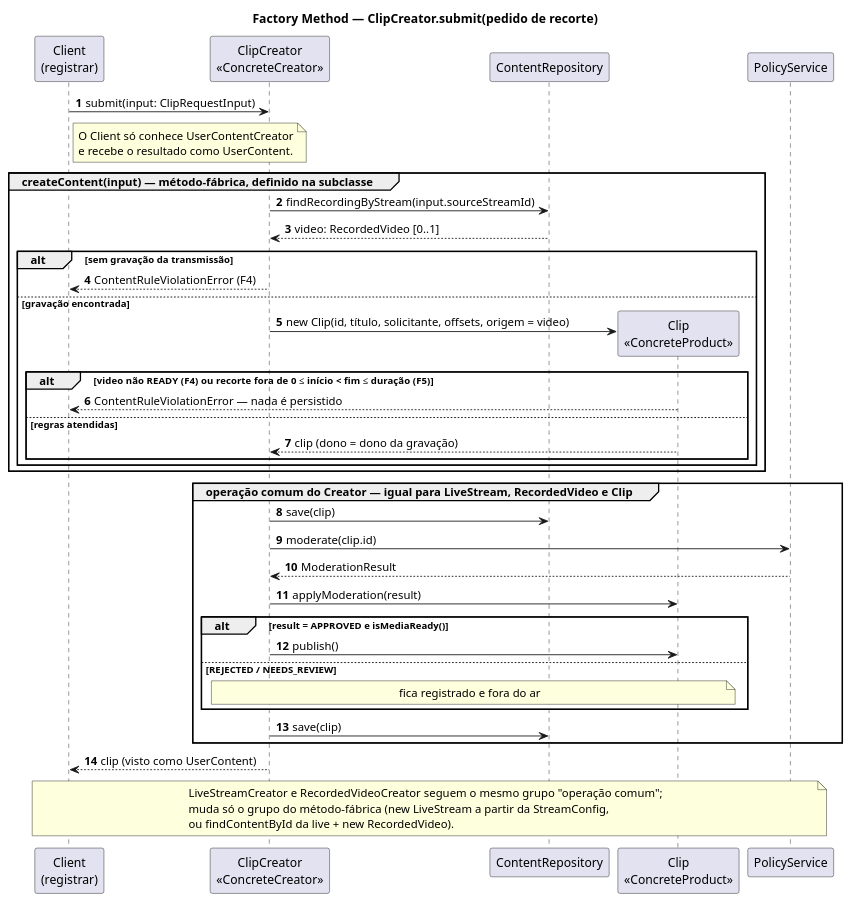
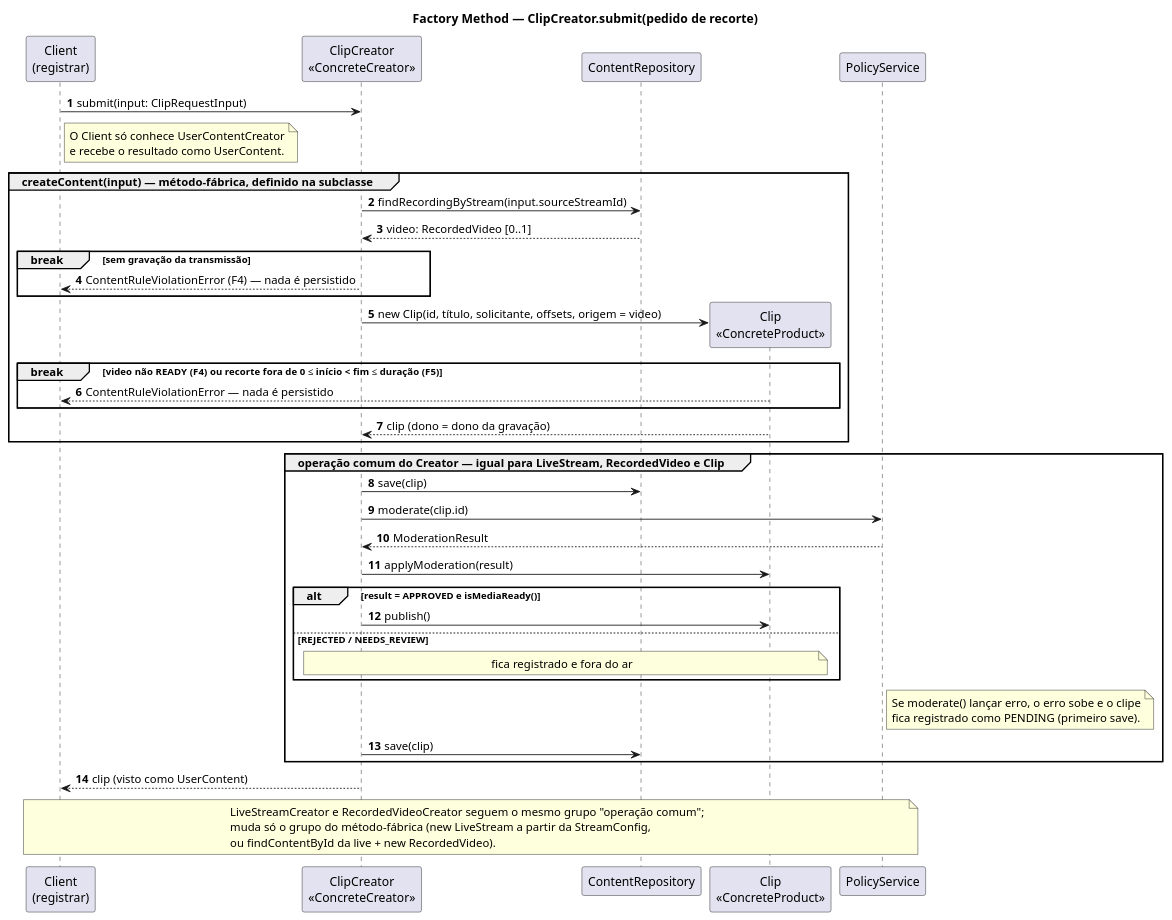
The diagram in docs/Base/Relatórios/1.1.1.SubEquipe_01/assets/factory-method/factory-method-sequencia-v1.puml (UnBArqDsw2026-2-Turma01/2026.2-T01-_G6_ProjetoStreamingVideo_Entrega_03), drawn with PlantUML before and after one commit. The commit also changed 3 other files, not shown here.

First line of the commit message:
docs(subequipe-01): encerra os caminhos de erro da sequência com break

```diff
--- a/docs/Base/Relatórios/1.1.1.SubEquipe_01/assets/factory-method/factory-method-sequencia-v1.puml
+++ b/docs/Base/Relatórios/1.1.1.SubEquipe_01/assets/factory-method/factory-method-sequencia-v1.puml
@@ -1,56 +1,58 @@
 @startuml factory-method-sequencia-v1
 title Factory Method — ClipCreator.submit(pedido de recorte)
 
 skinparam backgroundColor #FFFFFF
 skinparam shadowing false
 skinparam sequenceMessageAlign left
 autonumber
 
 participant "Client\n(registrar)" as Client
 participant "ClipCreator\n«ConcreteCreator»" as Creator
 participant "ContentRepository" as Repo
 participant "Clip\n«ConcreteProduct»" as Clip
 participant "PolicyService" as Policy
 
 Client -> Creator : submit(input: ClipRequestInput)
 note right of Client
   O Client só conhece UserContentCreator
   e recebe o resultado como UserContent.
 end note
 
 group createContent(input) — método-fábrica, definido na subclasse
   Creator -> Repo : findRecordingByStream(input.sourceStreamId)
   Repo --> Creator : video: RecordedVideo [0..1]
-  alt sem gravação da transmissão
-    Creator --> Client : ContentRuleViolationError (F4)
-  else gravação encontrada
-    Creator -> Clip ** : new Clip(id, título, solicitante, offsets, origem = video)
-    alt video não READY (F4) ou recorte fora de 0 ≤ início < fim ≤ duração (F5)
-      Clip --> Client : ContentRuleViolationError — nada é persistido
-    else regras atendidas
-      Clip --> Creator : clip (dono = dono da gravação)
-    end
+  break sem gravação da transmissão
+    Creator --> Client : ContentRuleViolationError (F4) — nada é persistido
   end
+  Creator -> Clip ** : new Clip(id, título, solicitante, offsets, origem = video)
+  break video não READY (F4) ou recorte fora de 0 ≤ início < fim ≤ duração (F5)
+    Clip --> Client : ContentRuleViolationError — nada é persistido
+  end
+  Clip --> Creator : clip (dono = dono da gravação)
 end
 
 group operação comum do Creator — igual para LiveStream, RecordedVideo e Clip
   Creator -> Repo : save(clip)
   Creator -> Policy : moderate(clip.id)
   Policy --> Creator : ModerationResult
   Creator -> Clip : applyModeration(result)
   alt result = APPROVED e isMediaReady()
     Creator -> Clip : publish()
   else REJECTED / NEEDS_REVIEW
     note over Creator, Clip : fica registrado e fora do ar
   end
+  note right of Policy
+    Se moderate() lançar erro, o erro sobe e o clipe
+    fica registrado como PENDING (primeiro save).
+  end note
   Creator -> Repo : save(clip)
 end
 
 Creator --> Client : clip (visto como UserContent)
 
 note over Client, Policy
   LiveStreamCreator e RecordedVideoCreator seguem o mesmo grupo "operação comum";
   muda só o grupo do método-fábrica (new LiveStream a partir da StreamConfig,
   ou findContentById da live + new RecordedVideo).
 end note
 @enduml
```
